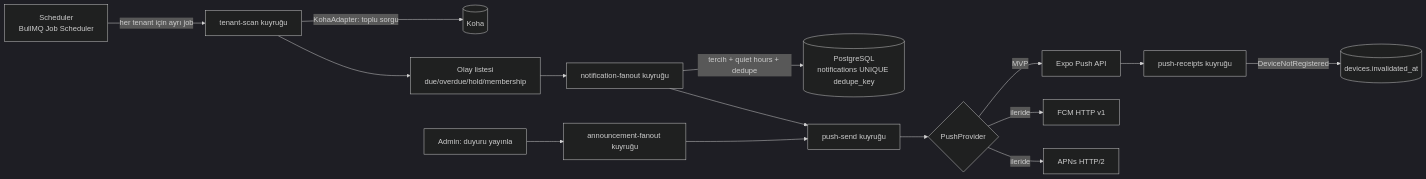
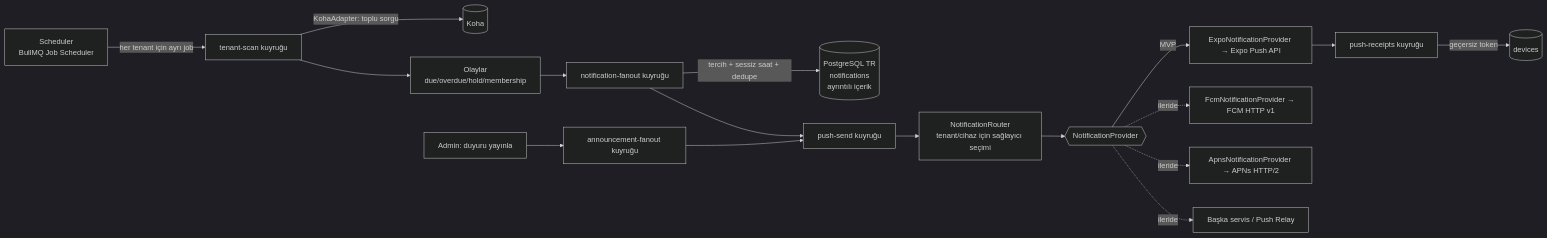
The diagram in docs/NOTIFICATIONS.md (mehmetfatruk/kohamobil), drawn with Mermaid (dark theme) before and after one commit. The commit also changed other lines of this file and 9 other files, not shown here.

First line of the commit message:
docs: apply approved decisions (plugin, Koha 24.05+, Prisma, NotificationProvider, branding, provider-neutral hosting)

````diff
--- a/docs/NOTIFICATIONS.md
+++ b/docs/NOTIFICATIONS.md
@@ -9,16 +34,18 @@
 ```mermaid
 flowchart LR
   SCH[Scheduler<br/>BullMQ Job Scheduler] -->|her tenant için ayrı job| TS[tenant-scan kuyruğu]
   TS -->|KohaAdapter: toplu sorgu| K[(Koha)]
-  TS --> EV[Olay listesi<br/>due/overdue/hold/membership]
+  TS --> EV[Olaylar<br/>due/overdue/hold/membership]
   EV --> FO[notification-fanout kuyruğu]
-  FO -->|tercih + quiet hours + dedupe| DB[(PostgreSQL<br/>notifications UNIQUE dedupe_key)]
+  FO -->|tercih + sessiz saat + dedupe| DB[(PostgreSQL TR<br/>notifications<br/>ayrıntılı içerik)]
   FO --> PS[push-send kuyruğu]
-  PS --> PP{PushProvider}
-  PP -->|MVP| EXPO[Expo Push API]
-  PP -->|ileride| FCM[FCM HTTP v1]
-  PP -->|ileride| APNS[APNs HTTP/2]
+  PS --> RT[NotificationRouter<br/>tenant/cihaz için sağlayıcı seçimi]
+  RT --> NP{{NotificationProvider}}
+  NP -->|MVP| EXPO[ExpoNotificationProvider → Expo Push API]
+  NP -.->|ileride| FCM[FcmNotificationProvider → FCM HTTP v1]
+  NP -.->|ileride| APNS[ApnsNotificationProvider → APNs HTTP/2]
+  NP -.->|ileride| OTHER[Başka servis / Push Relay]
   EXPO --> RC[push-receipts kuyruğu]
-  RC -->|DeviceNotRegistered| DEV[(devices.invalidated_at)]
+  RC -->|geçersiz token| DEV[(devices)]
   ADM[Admin: duyuru yayınla] --> AN[announcement-fanout kuyruğu] --> PS
 ```
````
